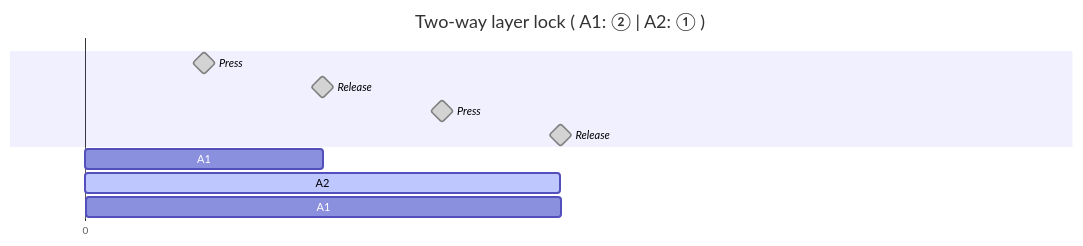
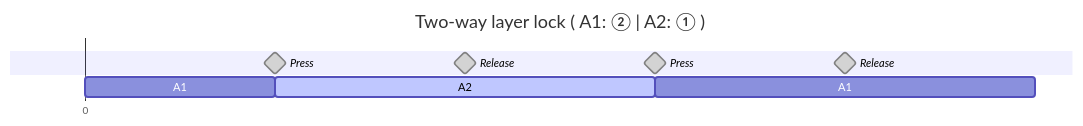
Before and after one commit to andy23512/blog-diagrams: the diagram in diagrams/en/two-way-layer-lock.mmd, drawn with Mermaid. The commit also changed 13 other files, not shown here.

First line of the commit message:
chore(deps): upgrade mermaid to 11.17.2 and puppeteer to 25

```diff
--- a/diagrams/en/two-way-layer-lock.mmd
+++ b/diagrams/en/two-way-layer-lock.mmd
@@ -1,17 +1,17 @@
 ---
 displayMode: compact
 ---
 gantt
-    dateFormat X
+    dateFormat x
     axisFormat %s
     title Two-way layer lock ( A1: ② | A2: ① )
     section ㅤ
-    Press: milestone, done, 1, 1
-    Release: milestone, done, 2, 2
-    Press: milestone, done, 3, 3
-    Release: milestone, done, 4, 4
+    Press: milestone, done, 1000, 1000
+    Release: milestone, done, 2000, 2000
+    Press: milestone, done, 3000, 3000
+    Release: milestone, done, 4000, 4000
     tickInterval 1day
     section ㅤㅤ
     A1: 0, 1s
-    A2: active, 1, 2s
-    A1: 3, 2s
+    A2: active, 1000, 2s
+    A1: 3000, 2s
```
